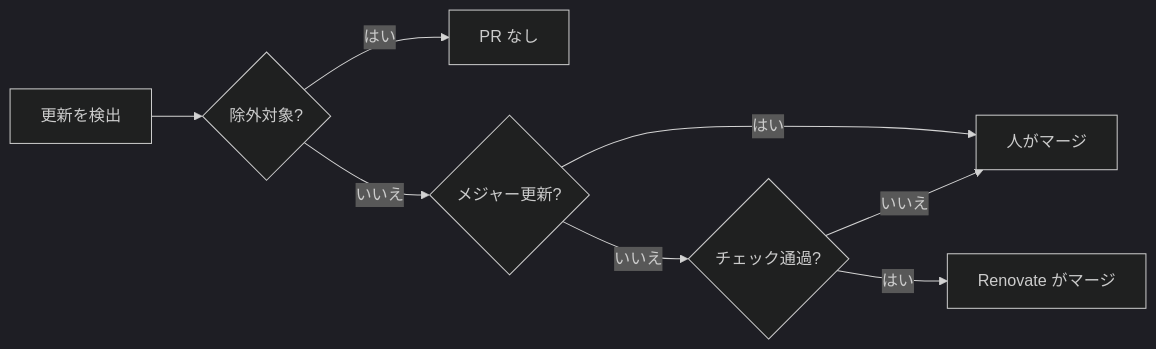
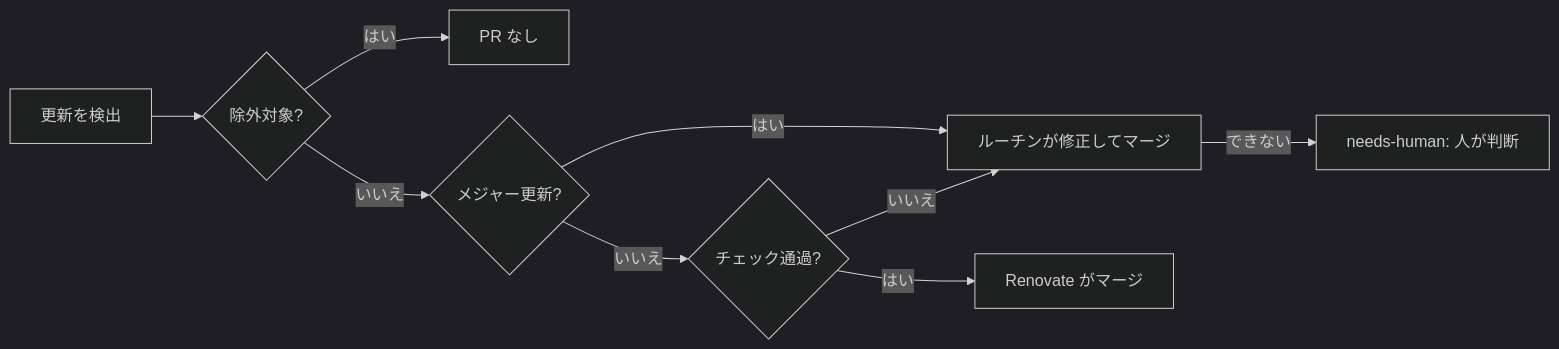
One commit to syudead/vv changed the first of 2 diagrams in translations/ja/docs/how-to/dependency-updates.md. Above: the diagram before and after it, drawn with Mermaid (dark theme). The commit also changed other lines of this file and 13 other files, not shown here.

````diff
--- a/translations/ja/docs/how-to/dependency-updates.md
+++ b/translations/ja/docs/how-to/dependency-updates.md
@@ -14,10 +14,11 @@
 ```mermaid
 flowchart LR
   upd[更新を検出] --> excl{除外対象?}
   excl -->|はい| none[PR なし]
   excl -->|いいえ| major{メジャー更新?}
-  major -->|はい| person[人がマージ]
+  major -->|はい| routine[ルーチンが修正してマージ]
   major -->|いいえ| checks{チェック通過?}
   checks -->|はい| auto[Renovate がマージ]
-  checks -->|いいえ| person
+  checks -->|いいえ| routine
+  routine -->|できない| person[needs-human: 人が判断]
 ```
````
